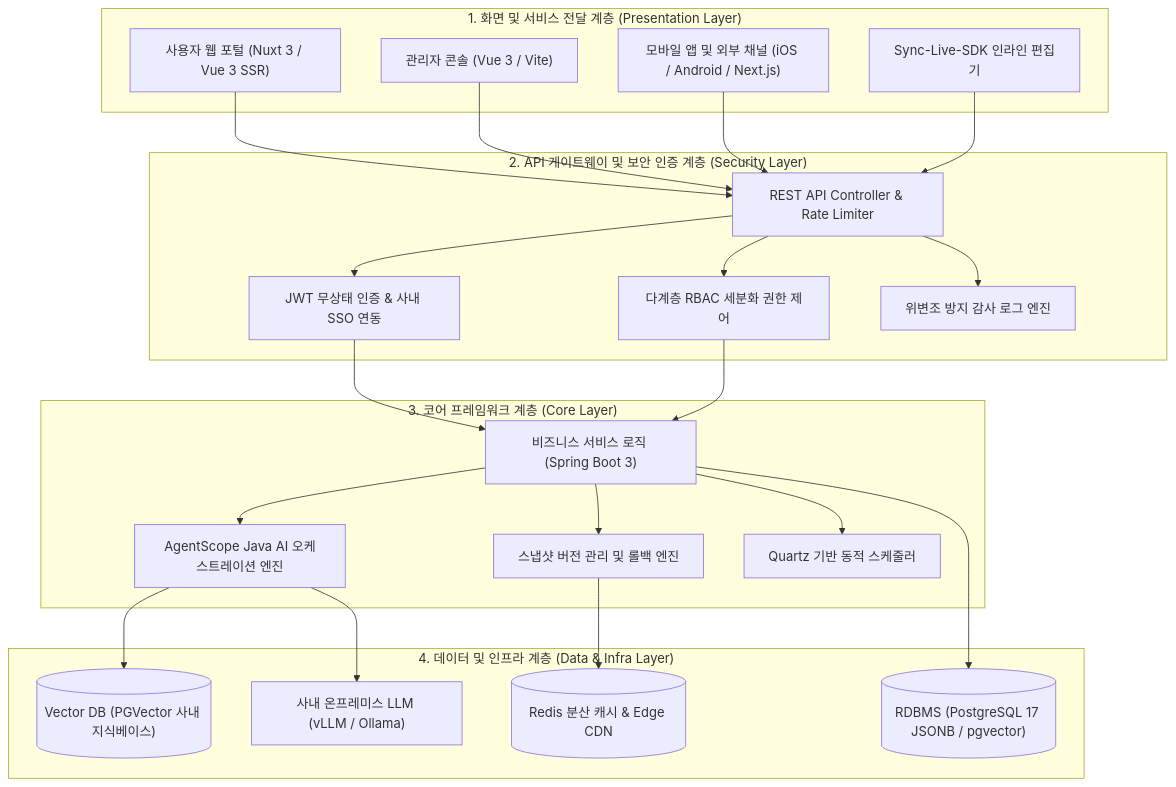
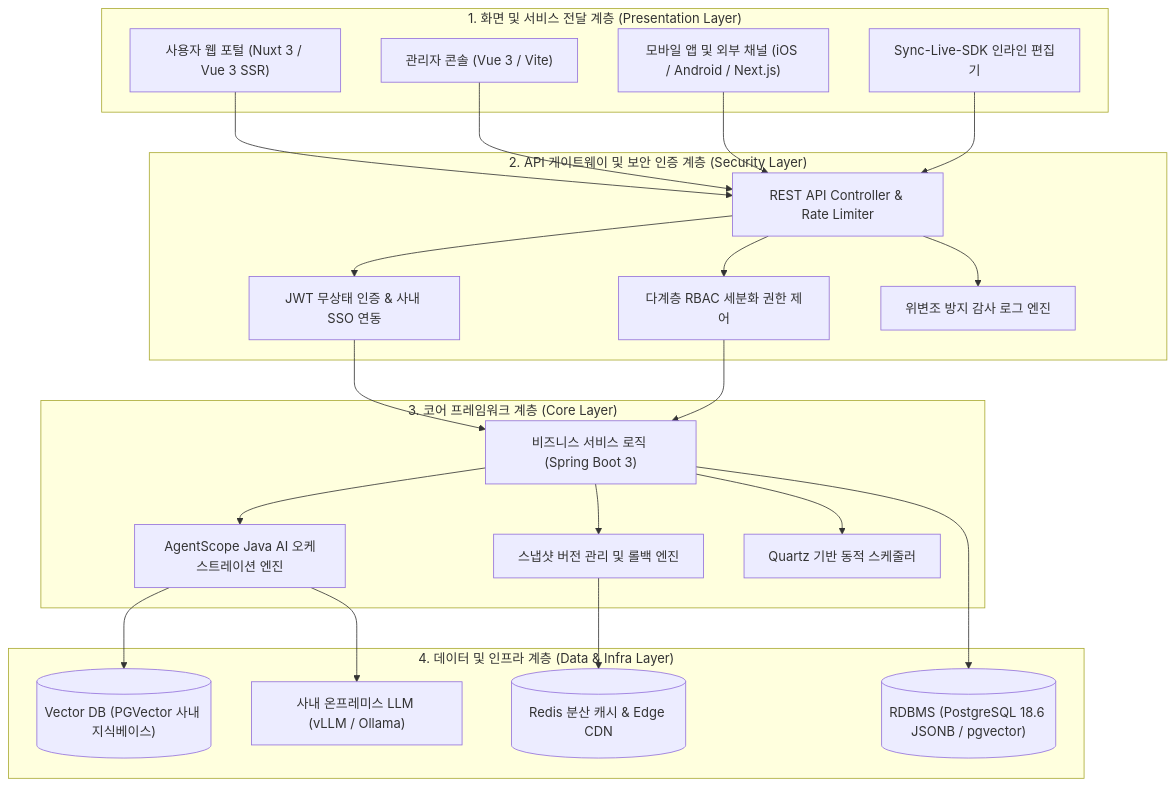
Before and after one commit to DramaticCollaboration/doc.github.io: the first of 2 diagrams in ko/synccms/architecture.md, drawn with Mermaid. The commit also changed 437 other files, not shown here.

````diff
--- a/ko/synccms/architecture.md
+++ b/ko/synccms/architecture.md
@@ -25,38 +25,38 @@
 ```mermaid
 graph TD
     subgraph "1. 화면 및 서비스 전달 계층 (Presentation Layer)"
         UI1["사용자 웹 포털 (Nuxt 3 / Vue 3 SSR)"]
         UI2["관리자 콘솔 (Vue 3 / Vite)"]
         UI3["모바일 앱 및 외부 채널 (iOS / Android / Next.js)"]
         UI4["Sync-Live-SDK 인라인 편집기"]
     end
 
     subgraph "2. API 게이트웨이 및 보안 인증 계층 (Security Layer)"
         GW["REST API Controller & Rate Limiter"]
         SSO["JWT 무상태 인증 & 사내 SSO 연동"]
         RBAC["다계층 RBAC 세분화 권한 제어"]
         AUDIT["위변조 방지 감사 로그 엔진"]
     end
 
     subgraph "3. 코어 프레임워크 계층 (Core Layer)"
         CTRL["비즈니스 서비스 로직 (Spring Boot 3)"]
         AS["AgentScope Java AI 오케스트레이션 엔진"]
         ENG["스냅샷 버전 관리 및 롤백 엔진"]
         SCHED["Quartz 기반 동적 스케줄러"]
     end
 
     subgraph "4. 데이터 및 인프라 계층 (Data & Infra Layer)"
-        RDB[("RDBMS (PostgreSQL 17 JSONB / pgvector)")]
+        RDB[("RDBMS (PostgreSQL 18.6 JSONB / pgvector)")]
         VEC[("Vector DB (PGVector 사내 지식베이스)")]
         CACHE[("Redis 분산 캐시 & Edge CDN")]
         LLM["사내 온프레미스 LLM (vLLM / Ollama)"]
     end
 
     UI1 & UI2 & UI3 & UI4 --> GW
     GW --> SSO & RBAC & AUDIT
     SSO & RBAC --> CTRL
     CTRL --> AS & ENG & SCHED
     CTRL --> RDB
     AS --> VEC & LLM
     ENG --> CACHE
 ```
````
